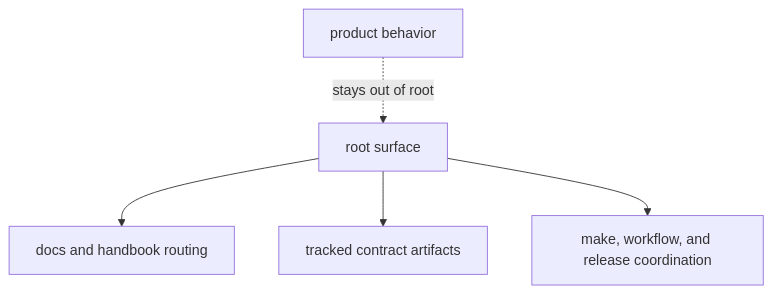
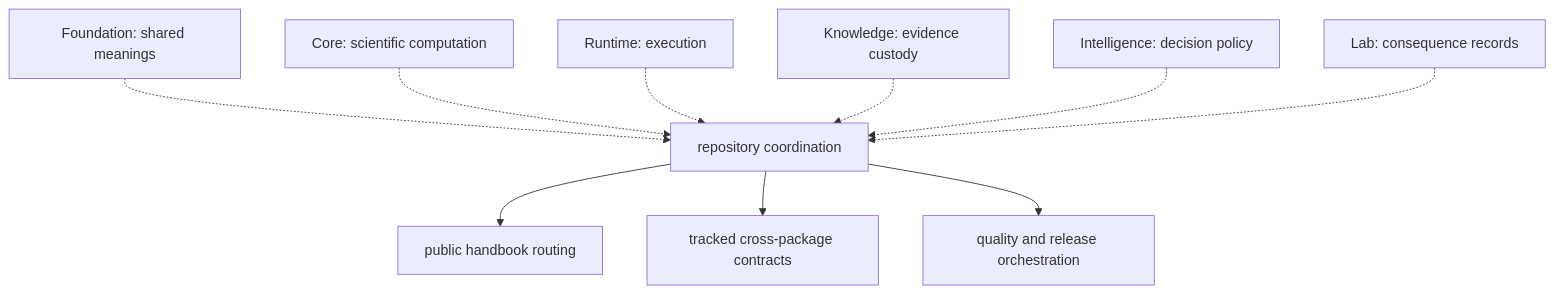
One commit to bijux/bijux-proteomics changed the diagram in docs/01-bijux-proteomics/foundation/repository-scope.md. Above: the diagram before and after it, drawn with Mermaid. The commit also changed other lines of this file and 1 other file, not shown here.

Commit message:
docs(repository): define scope and readiness decisions

````diff
--- a/docs/01-bijux-proteomics/foundation/repository-scope.md
+++ b/docs/01-bijux-proteomics/foundation/repository-scope.md
@@ -24,13 +17,12 @@
 ```mermaid
 flowchart TB
-    root["root surface"]
-    docs["docs and handbook routing"]
-    apis["tracked contract artifacts"]
-    process["make, workflow, and release coordination"]
-    product["product behavior"]
-
-    root --> docs
-    root --> apis
-    root --> process
-    product -. stays out of root .-> root
+    R["repository coordination"] --> D["public handbook routing"]
+    R --> A["tracked cross-package contracts"]
+    R --> Q["quality and release orchestration"]
+    F["Foundation: shared meanings"] -.-> R
+    C["Core: scientific computation"] -.-> R
+    X["Runtime: execution"] -.-> R
+    K["Knowledge: evidence custody"] -.-> R
+    I["Intelligence: decision policy"] -.-> R
+    L["Lab: consequence records"] -.-> R
 ```
````
